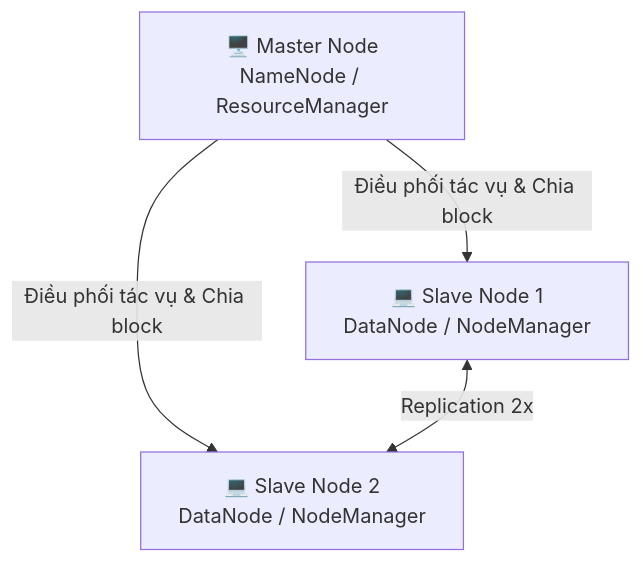
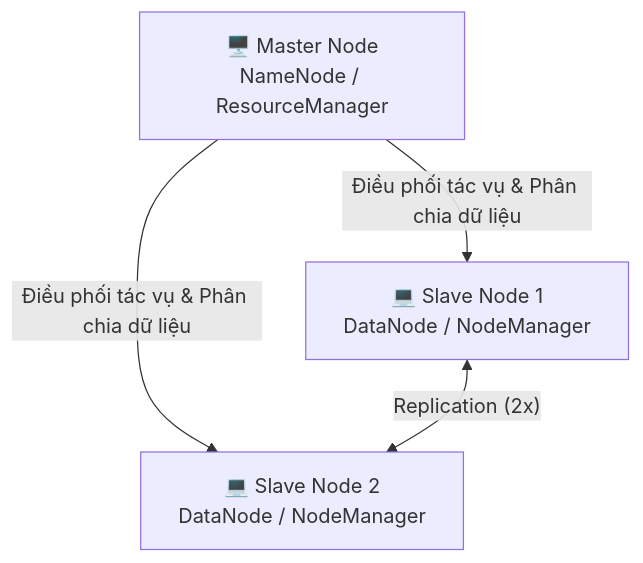
The diagram in README.md (nhupham31231022752/N17_DuLieuLonVaUngDung), drawn with Mermaid before and after one commit. The commit also changed other lines of this file, not shown here.

````diff
--- a/README.md
+++ b/README.md
@@ -44,10 +49,10 @@
 ```mermaid
 graph TD
     A["🖥️ Master Node<br/>NameNode / ResourceManager"]
     B["💻 Slave Node 1<br/>DataNode / NodeManager"]
     C["💻 Slave Node 2<br/>DataNode / NodeManager"]
- 
-    A -->|"Điều phối tác vụ & Chia block"| B
-    A -->|"Điều phối tác vụ & Chia block"| C
-    B <-->|"Replication 2x"| C
+
+    A -->|"Điều phối tác vụ & Phân chia dữ liệu"| B
+    A -->|"Điều phối tác vụ & Phân chia dữ liệu"| C
+    B <-->|"Replication (2x)"| C
 ```
````
